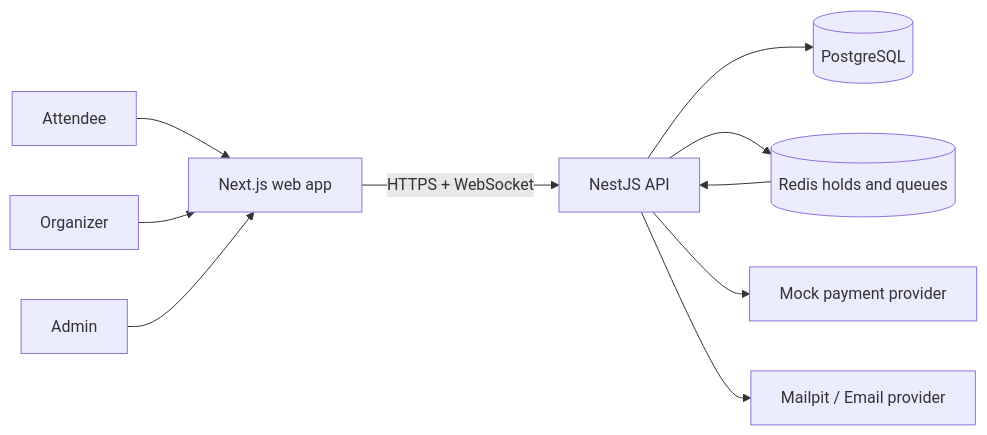
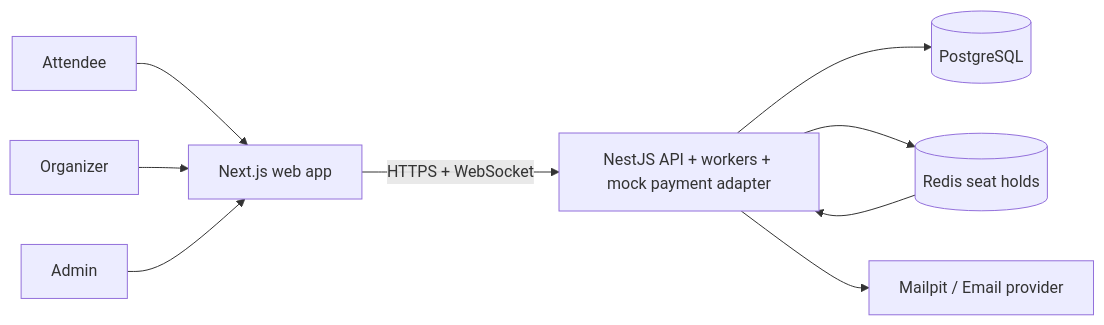
The diagram in docs/architecture/system-overview.md (JasonTM17/Eventory), drawn with Mermaid before and after one commit. The commit also changed other lines of this file and 34 other files, not shown here.

````diff
--- a/docs/architecture/system-overview.md
+++ b/docs/architecture/system-overview.md
@@ -9,22 +13,20 @@
 ```mermaid
 flowchart LR
   attendee[Attendee]
   organizer[Organizer]
   admin[Admin]
   web[Next.js web app]
-  api[NestJS API]
+  api[NestJS API + workers + mock payment adapter]
   db[(PostgreSQL)]
-  redis[(Redis holds and queues)]
+  redis[(Redis seat holds)]
   mail[Mailpit / Email provider]
-  payment[Mock payment provider]
 
   attendee --> web
   organizer --> web
   admin --> web
   web -->|HTTPS + WebSocket| api
   api --> db
   api --> redis
-  api --> payment
   redis --> api
   api --> mail
 ```
````
